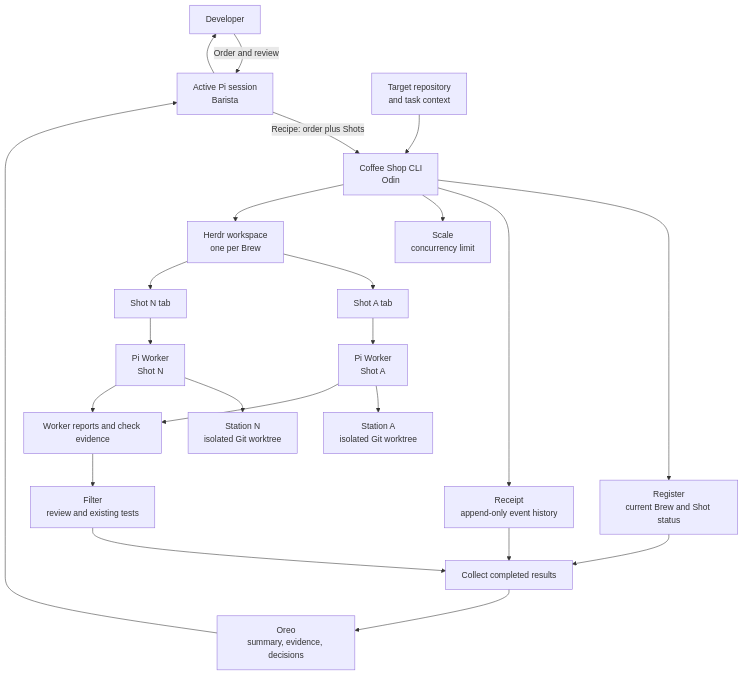
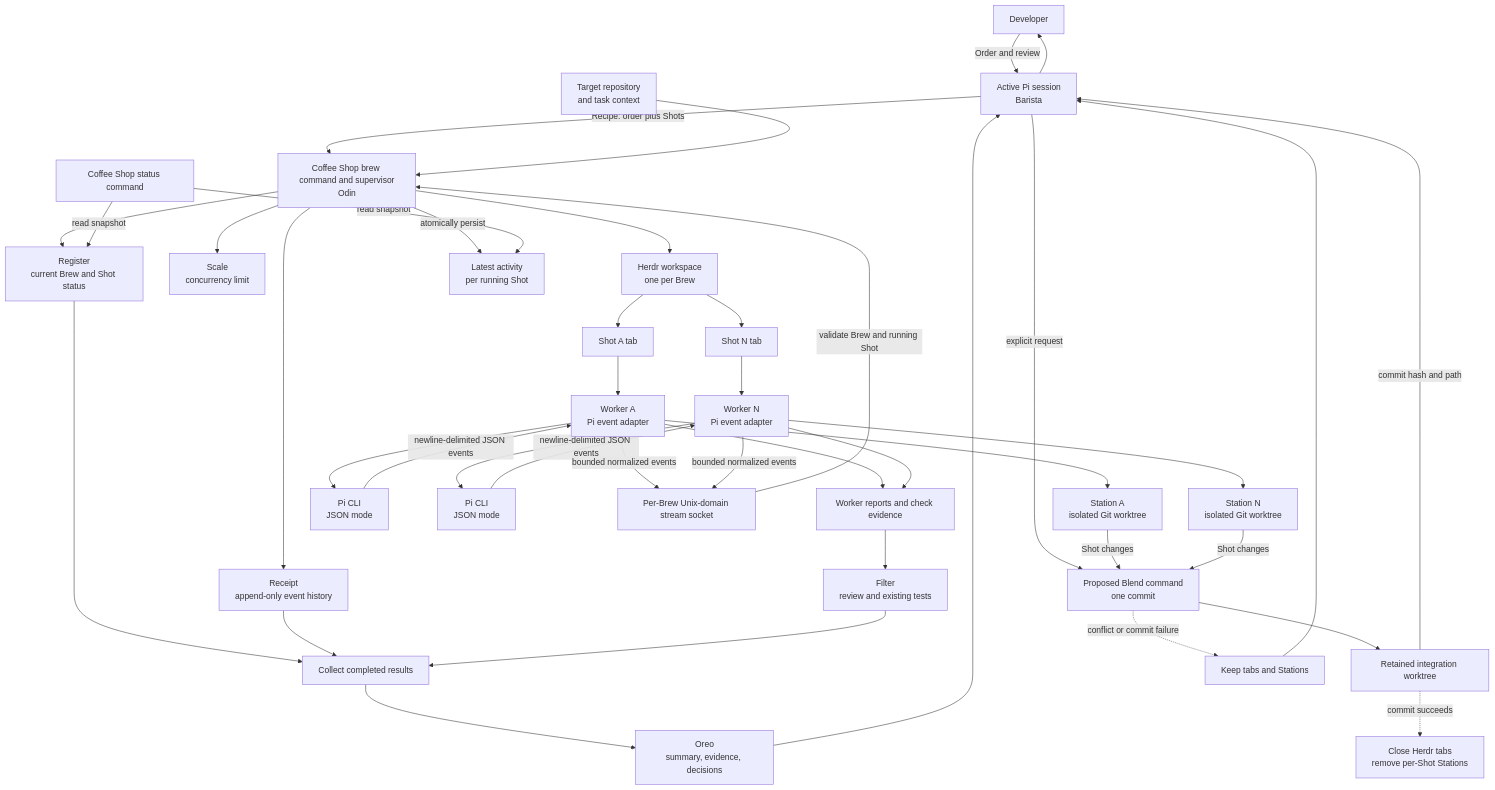
The diagram in docs/architecture.md (weima/coffee-shop), drawn with Mermaid before and after one commit. The commit also changed other lines of this file and 15 other files, not shown here.

````diff
--- a/docs/architecture.md
+++ b/docs/architecture.md
@@ -7,25 +7,43 @@
 ```mermaid
 flowchart TD
     Dev[Developer] -->|Order and review| Barista[Active Pi session<br/>Barista]
-    Barista -->|Recipe: order plus Shots| CLI[Coffee Shop CLI<br/>Odin]
+    Barista -->|Recipe: order plus Shots| CLI[Coffee Shop brew command and supervisor<br/>Odin]
     Beans[Target repository<br/>and task context] --> CLI
     CLI --> Register[Register<br/>current Brew and Shot status]
     CLI --> Receipt[Receipt<br/>append-only event history]
     CLI --> Scale[Scale<br/>concurrency limit]
     CLI --> HERDR[Herdr workspace<br/>one per Brew]
     HERDR --> Tab1[Shot A tab]
     HERDR --> TabN[Shot N tab]
-    Tab1 --> Worker1[Pi Worker<br/>Shot A]
-    TabN --> WorkerN[Pi Worker<br/>Shot N]
+    Tab1 --> Worker1[Worker A<br/>Pi event adapter]
+    TabN --> WorkerN[Worker N<br/>Pi event adapter]
     Worker1 --> Station1[Station A<br/>isolated Git worktree]
     WorkerN --> StationN[Station N<br/>isolated Git worktree]
+    Worker1 --> Pi1[Pi CLI<br/>JSON mode]
+    WorkerN --> PiN[Pi CLI<br/>JSON mode]
+    Pi1 -->|newline-delimited JSON events| Worker1
+    PiN -->|newline-delimited JSON events| WorkerN
+    Worker1 -->|bounded normalized events| Activity[Per-Brew Unix-domain stream socket]
+    WorkerN -->|bounded normalized events| Activity
+    Activity -->|validate Brew and running Shot| CLI
+    CLI -->|atomically persist| ActivityState[Latest activity<br/>per running Shot]
+    Status[Coffee Shop status command] -->|read snapshot| Register
+    Status -->|read snapshot| ActivityState
     Worker1 --> Results[Worker reports and check evidence]
     WorkerN --> Results
     Results --> Filter[Filter<br/>review and existing tests]
     Register --> Collect[Collect completed results]
     Receipt --> Collect
     Filter --> Collect
     Collect --> Oreo[Oreo<br/>summary, evidence, decisions]
     Oreo --> Barista
+    Barista -->|explicit request| Blend[Proposed Blend command<br/>one commit]
+    Station1 -->|Shot changes| Blend
+    StationN -->|Shot changes| Blend
+    Blend --> Delivery[Retained integration worktree]
+    Delivery -->|commit hash and path| Barista
+    Delivery -. commit succeeds .-> Cleanup[Close Herdr tabs<br/>remove per-Shot Stations]
+    Blend -. conflict or commit failure .-> Preserve[Keep tabs and Stations]
+    Preserve --> Barista
     Barista --> Dev
 ```
````
